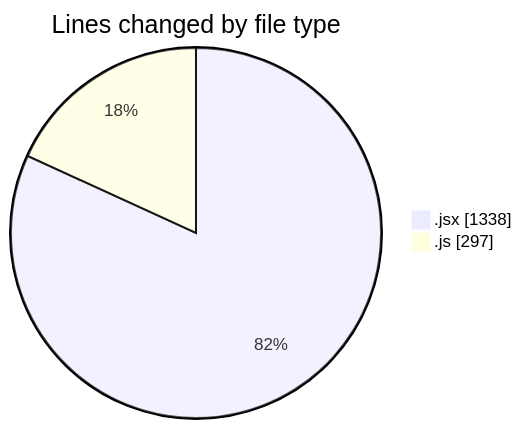
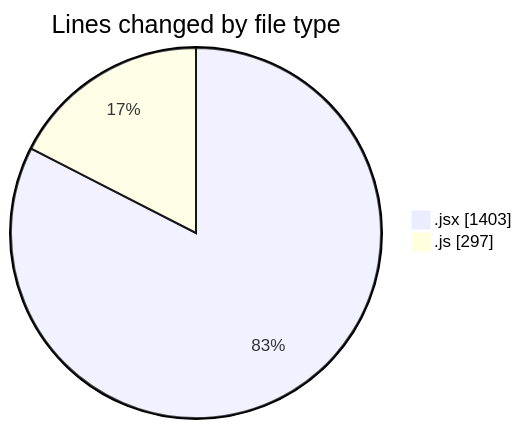
Before and after one commit to nxtqubesakshisongat/code-tracking: the first of 2 diagrams in 2025-11-17/argos/README.md, drawn with Mermaid. The commit also changed other lines of this file and 1 other file, not shown here.

````diff
--- a/2025-11-17/argos/README.md
+++ b/2025-11-17/argos/README.md
@@ -21,6 +21,6 @@
 ```mermaid
 pie showData
 title Lines changed by file type
-".jsx" : 1338
+".jsx" : 1403
 ".js" : 297
 ```
````
